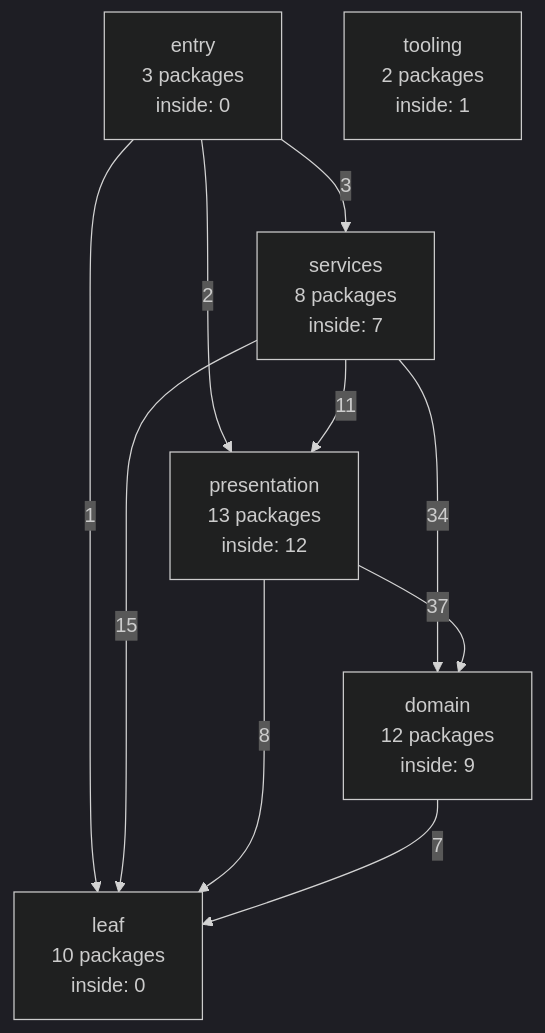
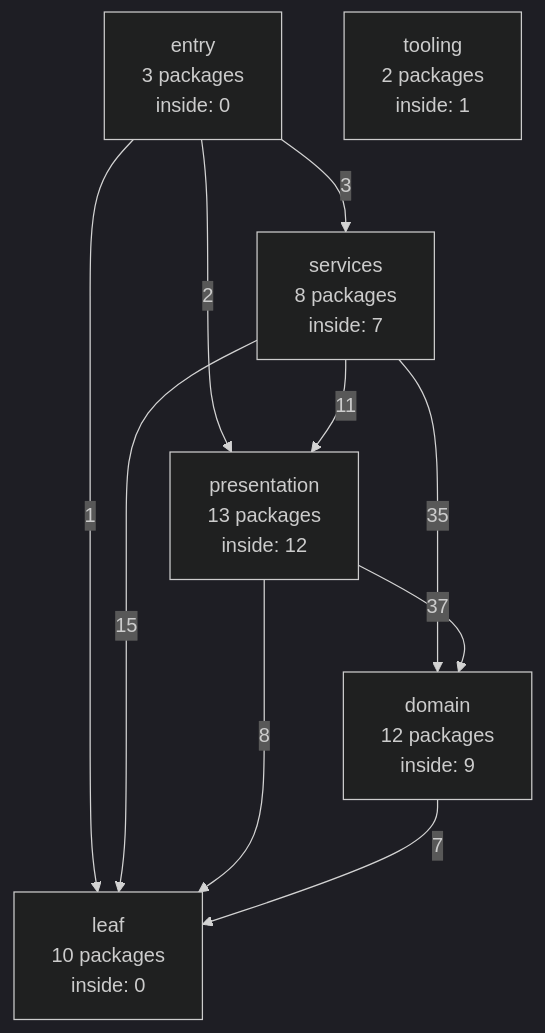
One commit to ladydascalie/dm changed the diagram in docs/internals/generated/package-graph.md. Above: the diagram before and after it, drawn with Mermaid (dark theme). The commit also changed other lines of this file and 3 other files, not shown here.

````diff
--- a/docs/internals/generated/package-graph.md
+++ b/docs/internals/generated/package-graph.md
@@ -58,18 +58,18 @@
 ```mermaid
 flowchart TD
   entry["entry<br/>3 packages<br/>inside: 0"]
   services["services<br/>8 packages<br/>inside: 7"]
   presentation["presentation<br/>13 packages<br/>inside: 12"]
   domain["domain<br/>12 packages<br/>inside: 9"]
   leaf["leaf<br/>10 packages<br/>inside: 0"]
   tooling["tooling<br/>2 packages<br/>inside: 1"]
   entry -->|3| services
   entry -->|2| presentation
   entry -->|1| leaf
   services -->|11| presentation
-  services -->|34| domain
+  services -->|35| domain
   services -->|15| leaf
   presentation -->|37| domain
   presentation -->|8| leaf
   domain -->|7| leaf
 ```
````
